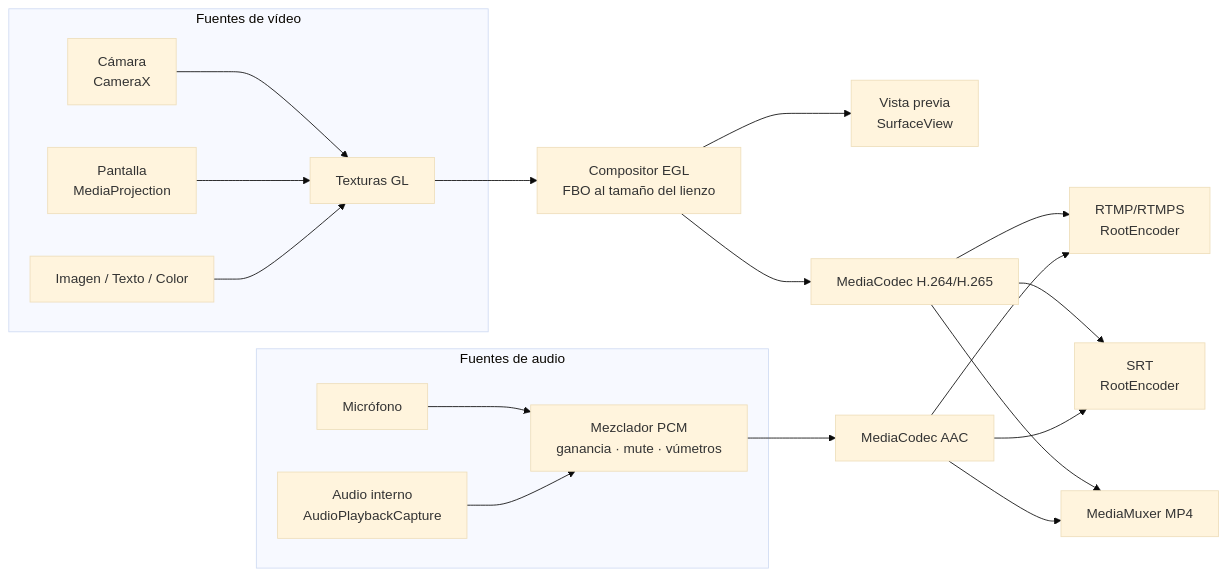
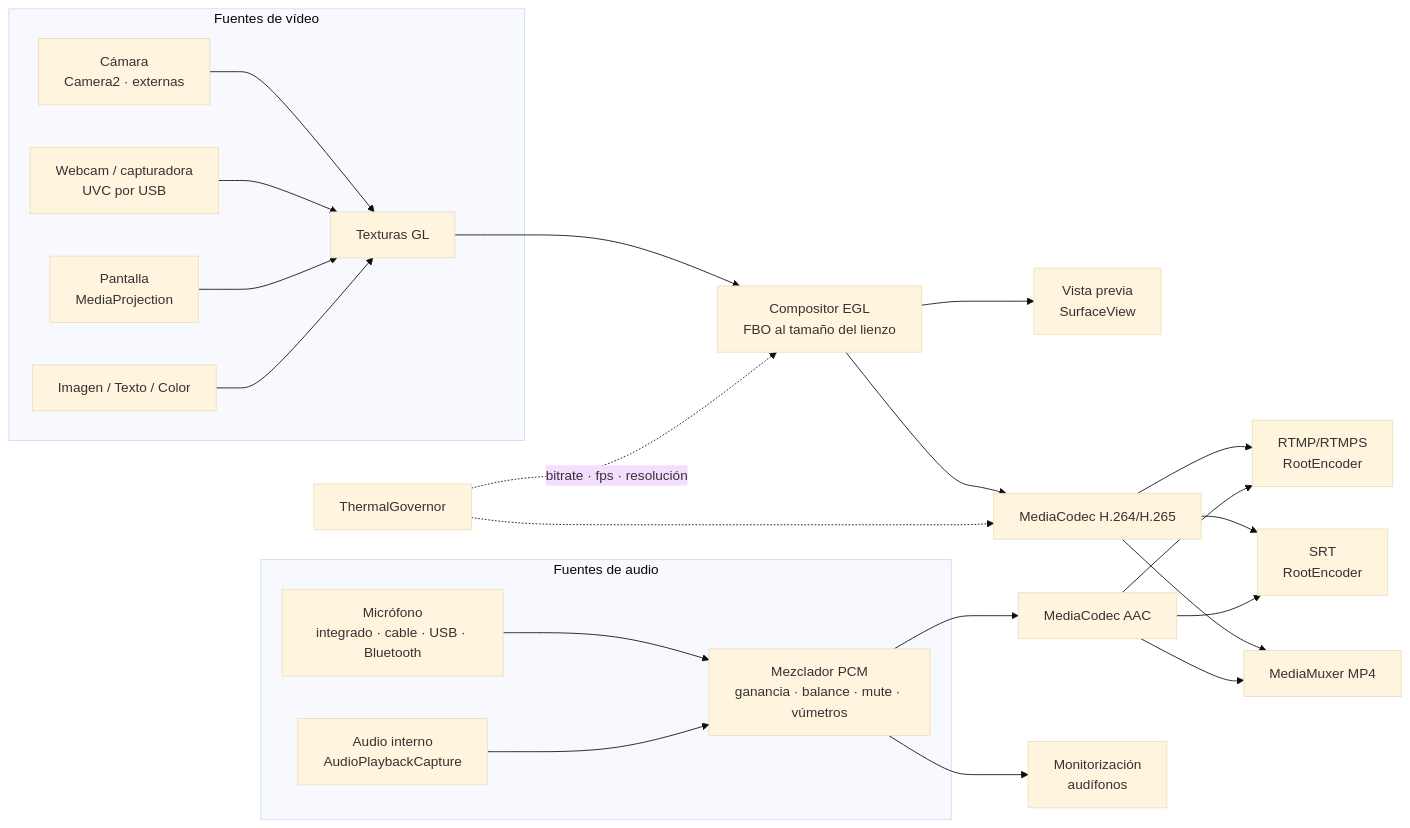
One commit to lopezdevf/nexo-live changed the first of 2 diagrams in docs/ARQUITECTURA.md. Above: the diagram before and after it, drawn with Mermaid (base theme). The commit also changed other lines of this file and 46 other files, not shown here.

````diff
--- a/docs/ARQUITECTURA.md
+++ b/docs/ARQUITECTURA.md
@@ -15,24 +19,28 @@
 ```mermaid
 flowchart LR
     subgraph Fuentes de vídeo
-        CAM[Cámara<br/>CameraX] --> TEX
+        CAM[Cámara<br/>Camera2 · externas] --> TEX
+        UVC[Webcam / capturadora<br/>UVC por USB] --> TEX
         SCR[Pantalla<br/>MediaProjection] --> TEX
         IMG[Imagen / Texto / Color] --> TEX
     end
     TEX[Texturas GL] --> COMP[Compositor EGL<br/>FBO al tamaño del lienzo]
     COMP --> PREV[Vista previa<br/>SurfaceView]
     COMP --> VENC[MediaCodec H.264/H.265]
 
     subgraph Fuentes de audio
-        MIC[Micrófono] --> MIX
+        MIC[Micrófono<br/>integrado · cable · USB · Bluetooth] --> MIX
         INT[Audio interno<br/>AudioPlaybackCapture] --> MIX
     end
-    MIX[Mezclador PCM<br/>ganancia · mute · vúmetros] --> AENC[MediaCodec AAC]
+    MIX[Mezclador PCM<br/>ganancia · balance · mute · vúmetros] --> AENC[MediaCodec AAC]
+    MIX --> MON[Monitorización<br/>audífonos]
+    THERM[ThermalGovernor] -. bitrate · fps · resolución .-> COMP
+    THERM -.-> VENC
 
     VENC --> RTMP[RTMP/RTMPS<br/>RootEncoder]
     VENC --> SRT[SRT<br/>RootEncoder]
     VENC --> MP4[MediaMuxer MP4]
     AENC --> RTMP
     AENC --> SRT
     AENC --> MP4
 ```
````
